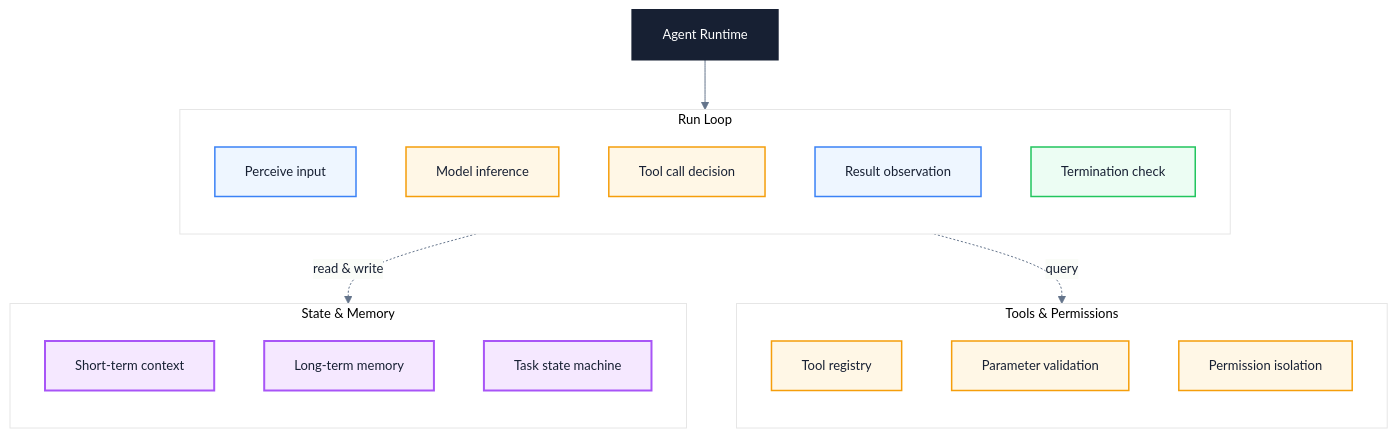
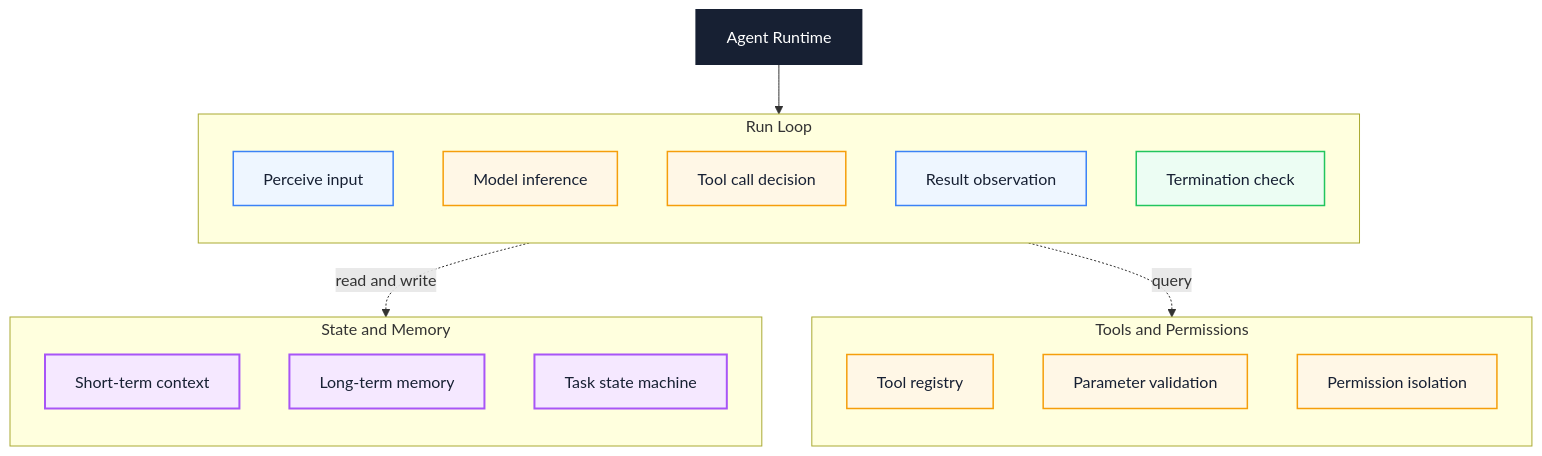
The third of 6 diagrams in docs/en/ai/agent-engineering-learning-path.md (Fatejian/frontier-vault), drawn with Mermaid before and after one commit. The commit also changed other lines of this file and 41 other files, not shown here.

````diff
--- a/docs/en/ai/agent-engineering-learning-path.md
+++ b/docs/en/ai/agent-engineering-learning-path.md
@@ -174,45 +265,44 @@
 ```mermaid
-%%{init: {'theme': 'base', 'themeVariables': {'fontFamily': 'Inter, PingFang SC, Microsoft YaHei, sans-serif', 'primaryColor': '#F8FAFC', 'primaryTextColor': '#172033', 'primaryBorderColor': '#CBD5E1', 'lineColor': '#64748B', 'fontSize': '13px'}}}%%
 flowchart TB
     Core["Agent Runtime"]
 
     subgraph Loop["Run Loop"]
         direction TB
         L1["Perceive input"]
         L2["Model inference"]
         L3["Tool call decision"]
         L4["Result observation"]
         L5["Termination check"]
     end
 
-    subgraph State["State & Memory"]
+    subgraph State["State and Memory"]
         direction TB
         S1["Short-term context"]
         S2["Long-term memory"]
         S3["Task state machine"]
     end
 
-    subgraph Registry["Tools & Permissions"]
+    subgraph Registry["Tools and Permissions"]
         direction TB
         R1["Tool registry"]
         R2["Parameter validation"]
         R3["Permission isolation"]
     end
 
     Core --> Loop
-    Loop -. read & write .-> State
+    Loop -. read and write .-> State
     Loop -. query .-> Registry
 
     classDef core fill:#172033,color:#fff,stroke:#172033,stroke-width:2px;
     classDef wait fill:#EEF6FF,stroke:#3B82F6,color:#172033,stroke-width:1.5px;
     classDef block fill:#FFF7E6,stroke:#F59E0B,color:#172033,stroke-width:1.5px;
     classDef work fill:#ECFDF3,stroke:#22C55E,color:#172033,stroke-width:1.5px;
     classDef metric fill:#F5E8FF,stroke:#A855F7,color:#172033,stroke-width:2px;
 
     class Core core;
     class L1,L4 wait;
     class L2,L3 block;
     class L5 work;
     class S1,S2,S3 metric;
     class R1,R2,R3 block;
 ```
````
